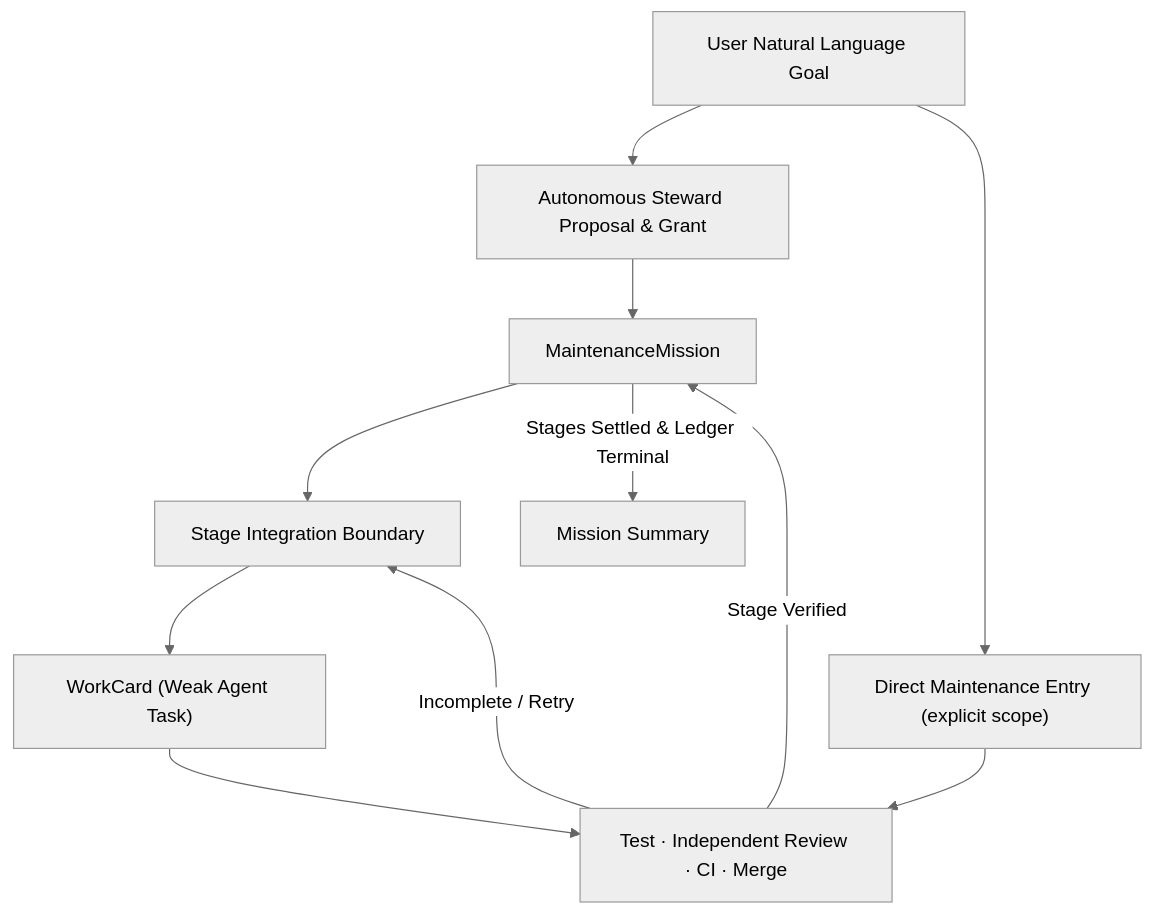
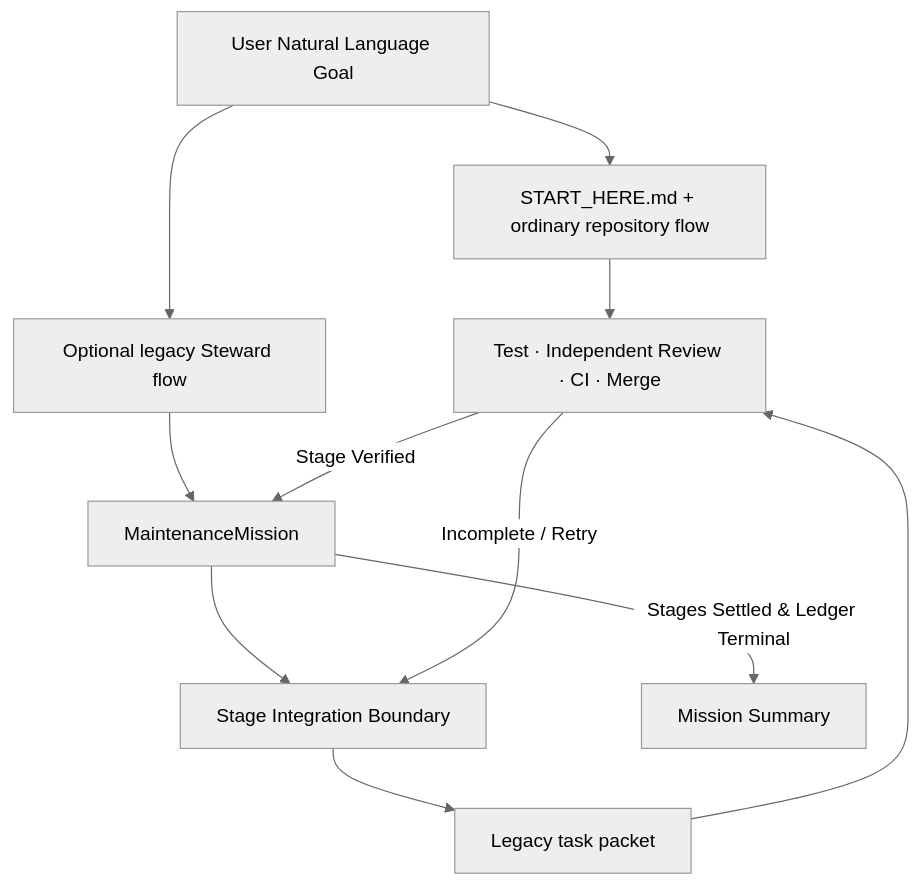
The first of 2 diagrams in docs/ARCHITECTURE.md (Igzela/token-efficient-agent-harness-lab), drawn with Mermaid (neutral theme) before and after one commit. The commit also changed other lines of this file and 13 other files, not shown here.

Commit message:
remove task-card gate from ordinary coding

````diff
--- a/docs/ARCHITECTURE.md
+++ b/docs/ARCHITECTURE.md
@@ -272,13 +280,13 @@
 ```mermaid
 flowchart TD
-    U["User Natural Language Goal"] --> S["Autonomous Steward Proposal & Grant"]
-    U --> L["Direct Maintenance Entry (explicit scope)"]
+    U["User Natural Language Goal"] --> N["START_HERE.md + ordinary repository flow"]
+    N --> V["Test · Independent Review · CI · Merge"]
+    U --> S["Optional legacy Steward flow"]
     S --> M["MaintenanceMission"]
     M --> G["Stage Integration Boundary"]
-    G --> C["WorkCard (Weak Agent Task)"]
+    G --> C["Legacy task packet"]
     C --> V["Test · Independent Review · CI · Merge"]
     V -->|Incomplete / Retry| G
     V -->|Stage Verified| M
     M -->|Stages Settled & Ledger Terminal| D["Mission Summary"]
-    L --> V
 ```
````
